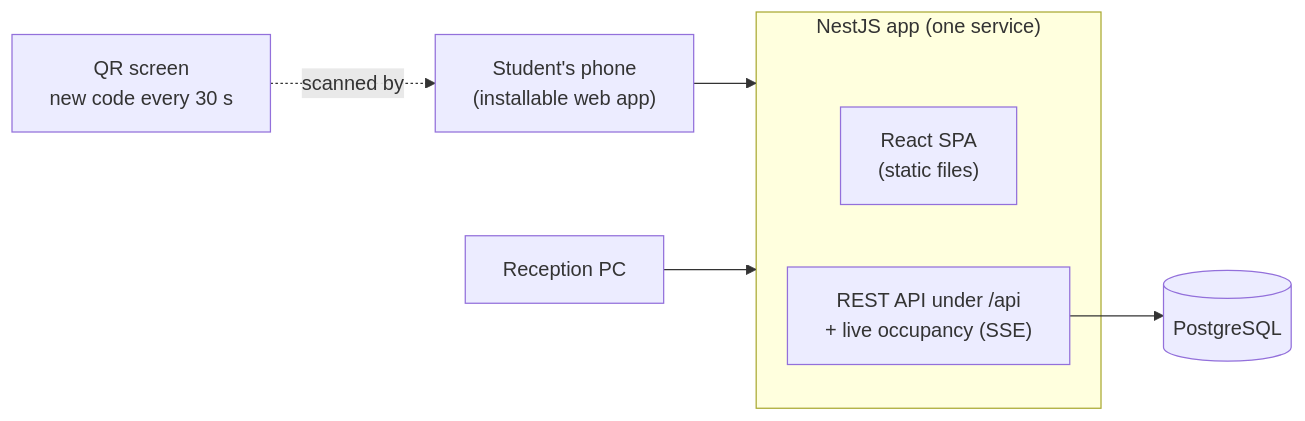
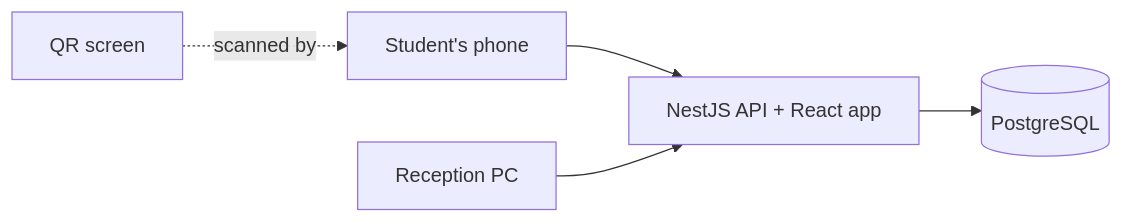
One commit to barrosw5/gym-checkin changed the diagram in README.md. Above: the diagram before and after it, drawn with Mermaid. The commit also changed other lines of this file and 1 other file, not shown here.

````diff
--- a/README.md
+++ b/README.md
@@ -30,16 +43,7 @@
 ```mermaid
 flowchart LR
-  phone["Student's phone<br/>(installable web app)"]
-  desk["Reception PC"]
-  screen["QR screen<br/>new code every 30 s"]
-  subgraph server["NestJS app (one service)"]
-    web["React SPA<br/>(static files)"]
-    api["REST API under /api<br/>+ live occupancy (SSE)"]
-  end
-  db[("PostgreSQL")]
-
-  screen -. "scanned by" .-> phone
-  phone --> server
-  desk --> server
-  api --> db
+  phone["Student's phone"] --> app
+  desk["Reception PC"] --> app
+  screen["QR screen"] -. scanned by .-> phone
+  app["NestJS API + React app"] --> db[("PostgreSQL")]
 ```
````
